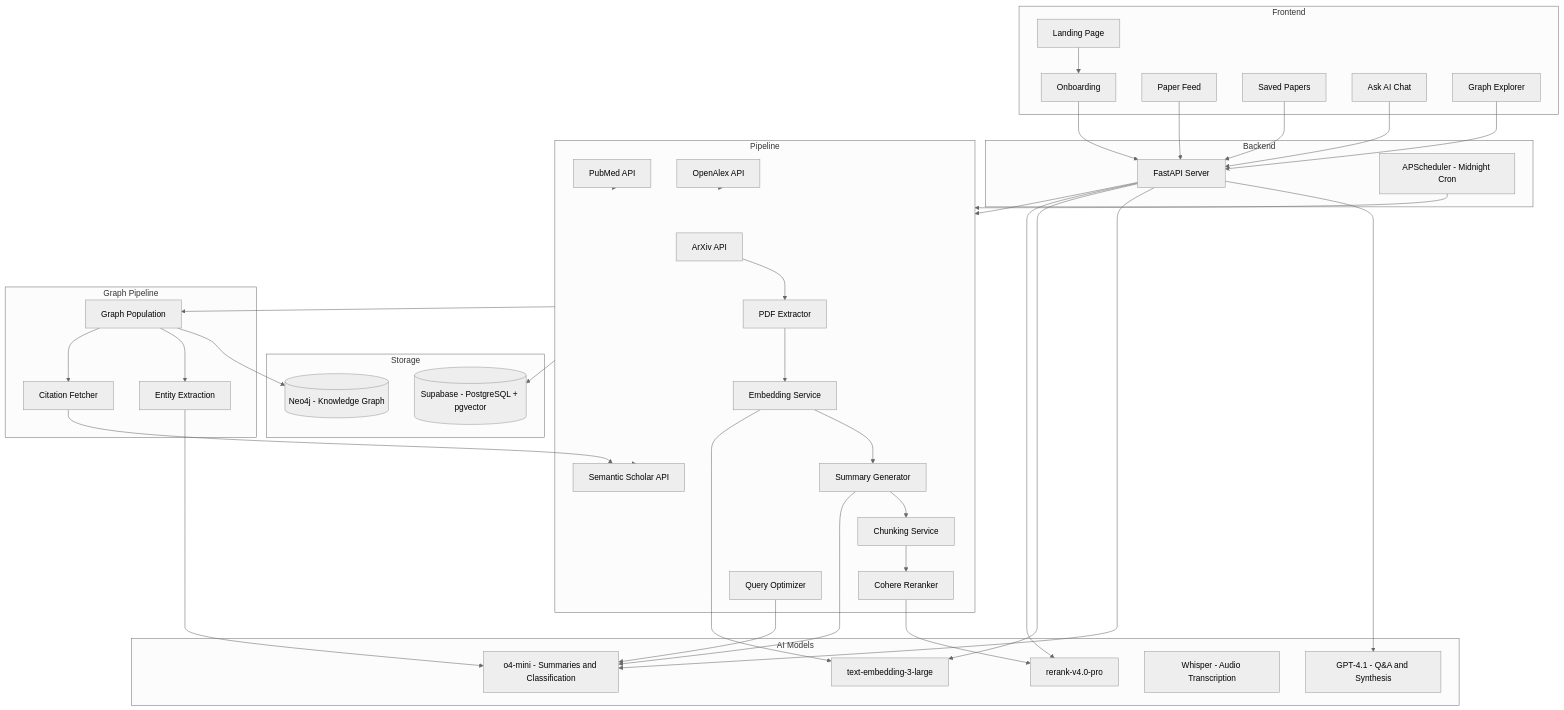
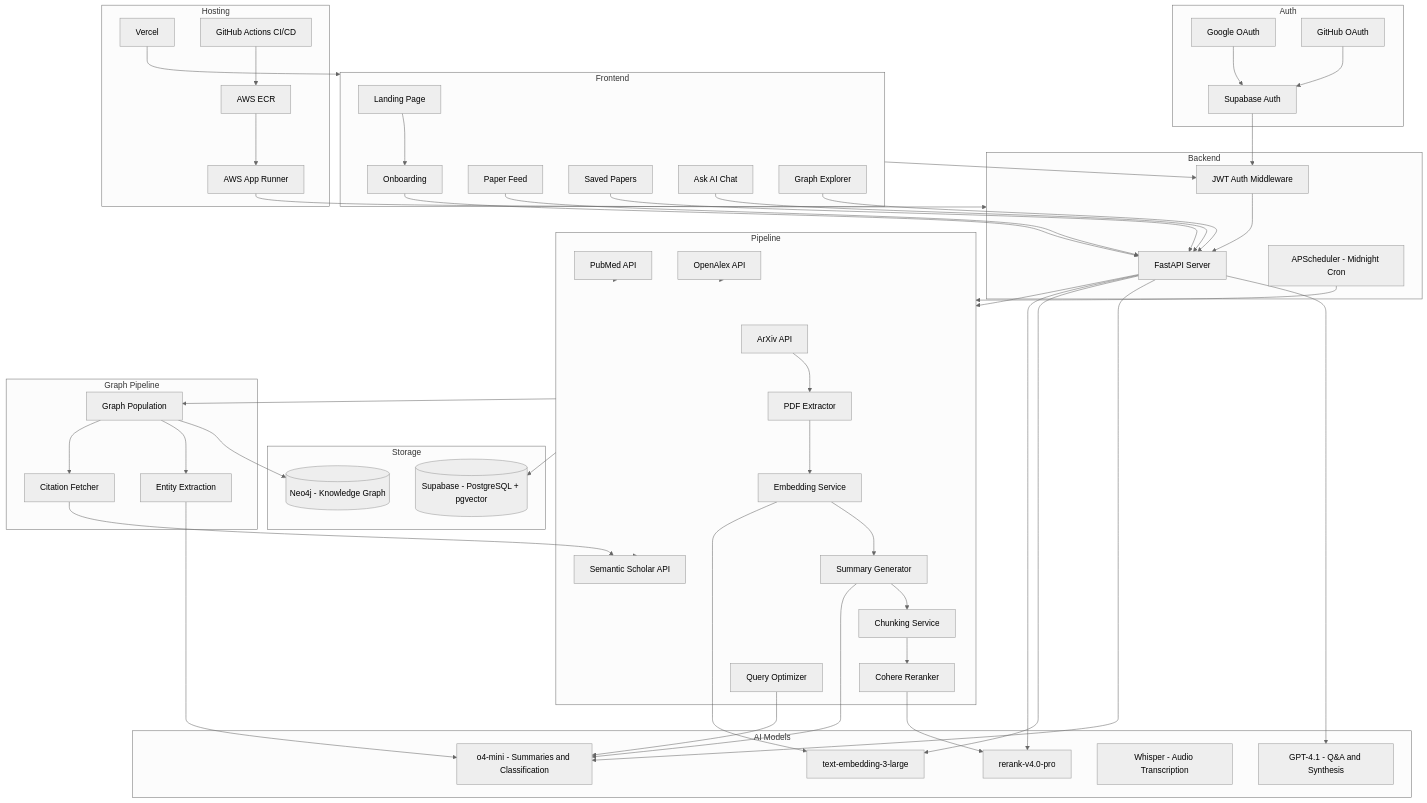
One commit to aazminu/paper-pulse changed the first of 6 diagrams in README.md. Above: the diagram before and after it, drawn with Mermaid (neutral theme). The commit also changed other lines of this file, not shown here.

````diff
--- a/README.md
+++ b/README.md
@@ -140,5 +145,12 @@
 ```mermaid
 graph TB
+    subgraph Hosting
+        VCL[Vercel]
+        AR[AWS App Runner]
+        ECR[AWS ECR]
+        GHA[GitHub Actions CI/CD]
+    end
+
     subgraph Frontend
         LP[Landing Page]
         OB[Onboarding]
@@ -148,9 +160,16 @@
         GR[Graph Explorer]
     end
 
+    subgraph Auth
+        SA[Supabase Auth]
+        GOA[Google OAuth]
+        GHA2[GitHub OAuth]
+    end
+
     subgraph Backend
         API[FastAPI Server]
         SCH[APScheduler - Midnight Cron]
+        AUTHMW[JWT Auth Middleware]
     end
 
     subgraph Pipeline
@@ -184,6 +203,17 @@
         CF[Citation Fetcher]
         GP[Graph Population]
     end
+
+    GHA --> ECR
+    ECR --> AR
+    VCL --> Frontend
+    AR --> Backend
+
+    GOA --> SA
+    GHA2 --> SA
+    SA --> AUTHMW
+    Frontend --> AUTHMW
+    AUTHMW --> API
 
     LP --> OB
     OB --> API
````
